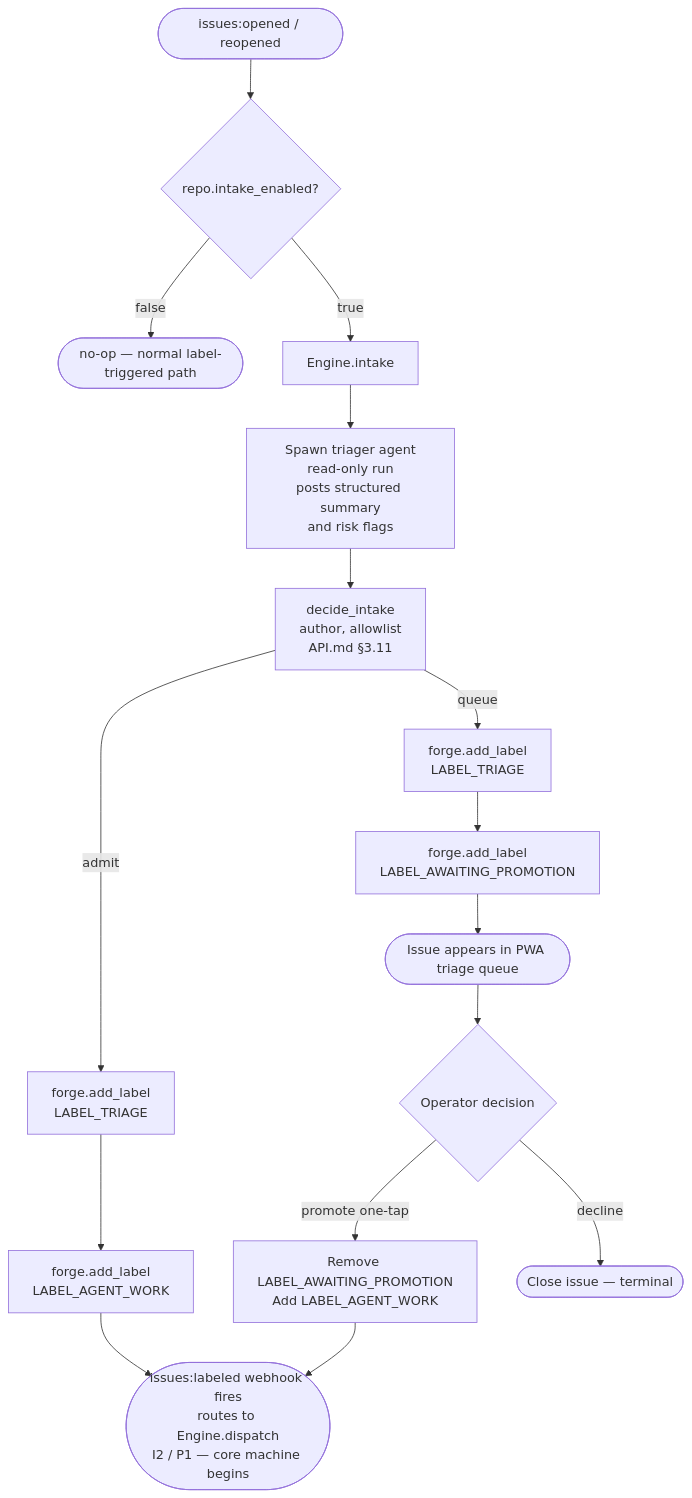
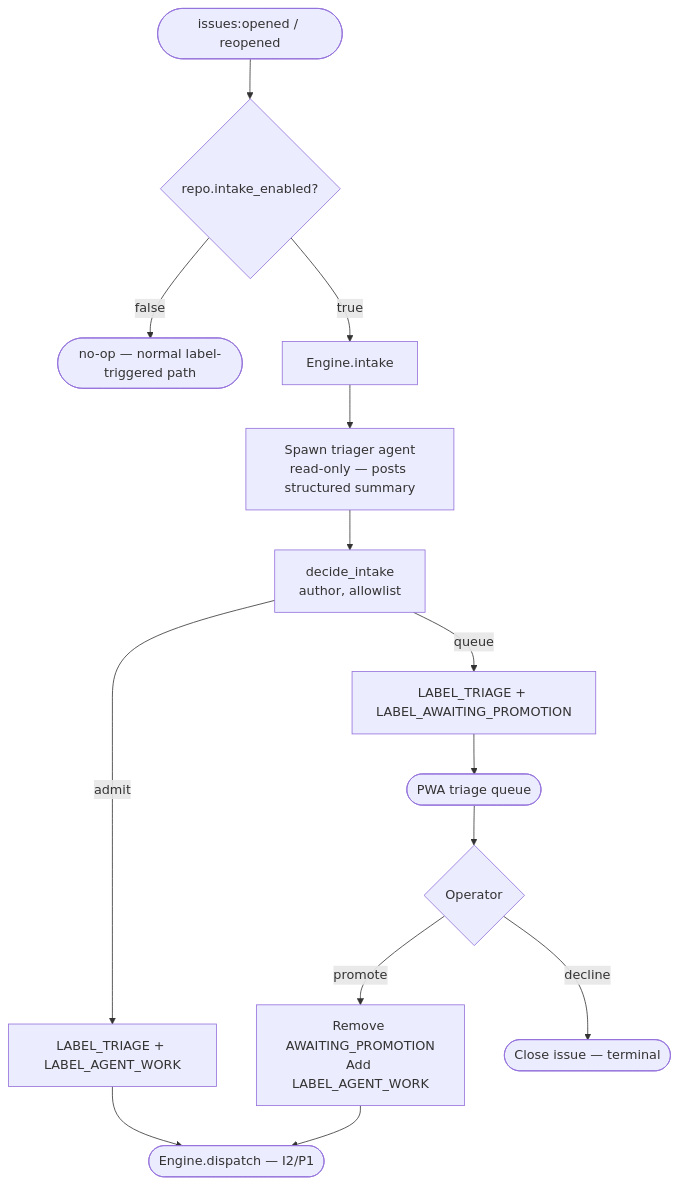
Before and after one commit to tuckermclean/orchestrator: the first of 2 diagrams in ARCHITECTURE.md, drawn with Mermaid. The commit also changed other lines of this file and 18 other files, not shown here.

````diff
--- a/ARCHITECTURE.md
+++ b/ARCHITECTURE.md
@@ -257,22 +138,13 @@
 ```mermaid
 flowchart TD
     A([issues:opened / reopened]) --> B{repo.intake_enabled?}
     B -- false --> Z([no-op — normal label-triggered path])
     B -- true --> C[Engine.intake]
-
-    C --> D[Spawn triager agent\nread-only run\nposts structured summary\nand risk flags]
-    D --> E[decide_intake\nauthor, allowlist\nAPI.md §3.11]
-
-    E -- admit --> F[forge.add_label\nLABEL_TRIAGE]
-    F --> G[forge.add_label\nLABEL_AGENT_WORK]
-    G --> H([issues:labeled webhook fires\nroutes to Engine.dispatch\nI2 / P1 — core machine begins])
-
-    E -- queue --> I[forge.add_label\nLABEL_TRIAGE]
-    I --> J[forge.add_label\nLABEL_AWAITING_PROMOTION]
-    J --> K([Issue appears in PWA triage queue])
-
-    K --> L{Operator decision}
-    L -- promote one-tap --> M[Remove LABEL_AWAITING_PROMOTION\nAdd LABEL_AGENT_WORK]
-    M --> H
-    L -- decline --> N([Close issue — terminal])
+    C --> D[Spawn triager agent\nread-only — posts structured summary]
+    D --> E[decide_intake\nauthor, allowlist]
+    E -- admit --> F[LABEL_TRIAGE + LABEL_AGENT_WORK] --> G([Engine.dispatch — I2/P1])
+    E -- queue --> H[LABEL_TRIAGE + LABEL_AWAITING_PROMOTION] --> I([PWA triage queue])
+    I --> J{Operator}
+    J -- promote --> K[Remove AWAITING_PROMOTION\nAdd LABEL_AGENT_WORK] --> G
+    J -- decline --> L([Close issue — terminal])
 ```
````
